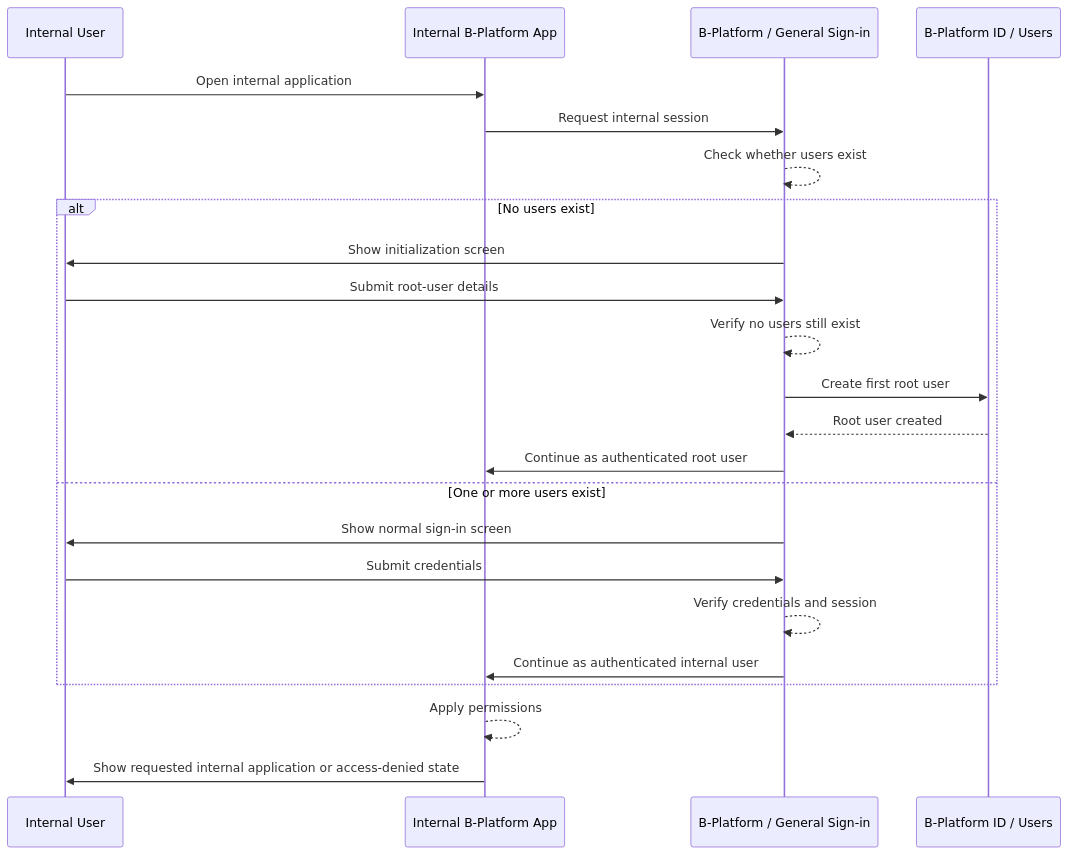
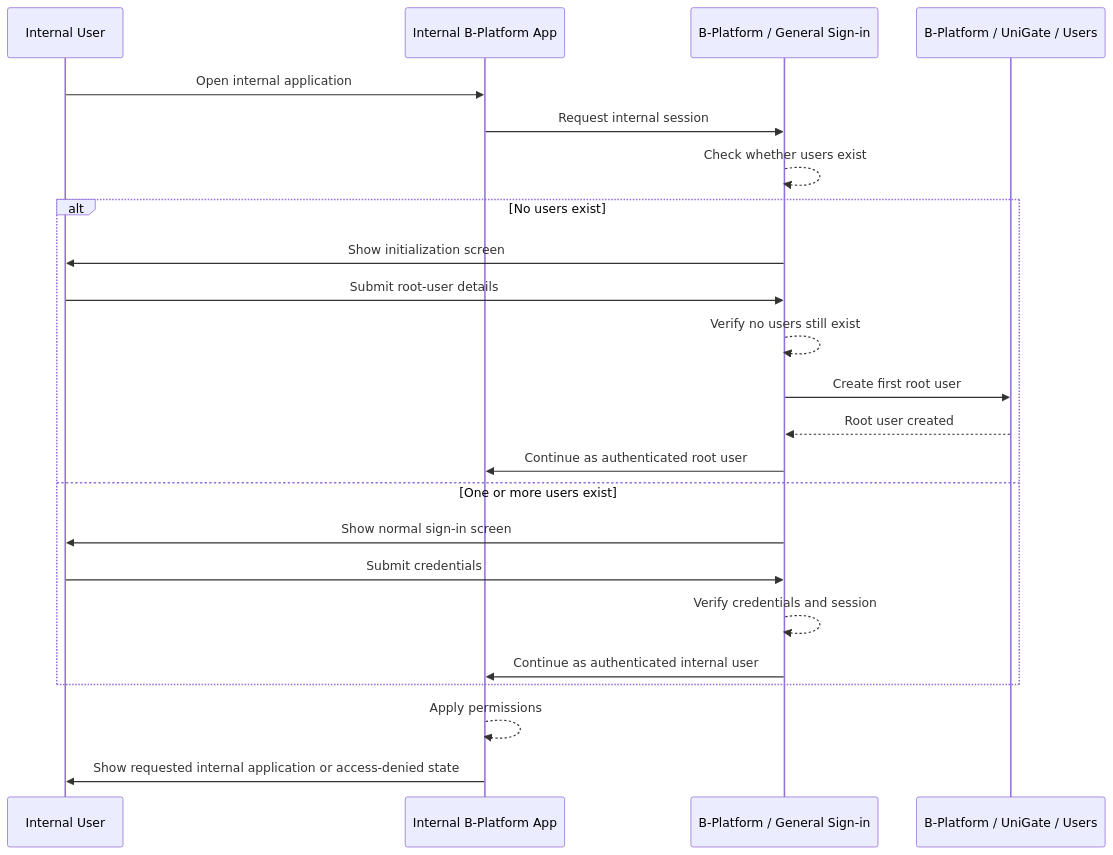
Before and after one commit to b-platform-vn/docs--business-requirements: the diagram in products/bplatform-general/features/sign-in.md, drawn with Mermaid. The commit also changed other lines of this file and 24 other files, not shown here.

Commit message:
Add UniGate identity platform and B-Platform Super App design system

````diff
--- a/products/bplatform-general/features/sign-in.md
+++ b/products/bplatform-general/features/sign-in.md
@@ -156,26 +156,26 @@
 ```mermaid
 sequenceDiagram
     participant User as Internal User
     participant App as Internal B-Platform App
     participant General as B-Platform / General Sign-in
-    participant ID as B-Platform ID / Users
+    participant UniGate as B-Platform / UniGate / Users
 
     User->>App: Open internal application
     App->>General: Request internal session
     General-->>General: Check whether users exist
     alt No users exist
         General->>User: Show initialization screen
         User->>General: Submit root-user details
         General-->>General: Verify no users still exist
-        General->>ID: Create first root user
-        ID-->>General: Root user created
+        General->>UniGate: Create first root user
+        UniGate-->>General: Root user created
         General->>App: Continue as authenticated root user
     else One or more users exist
         General->>User: Show normal sign-in screen
         User->>General: Submit credentials
         General-->>General: Verify credentials and session
         General->>App: Continue as authenticated internal user
     end
     App-->>App: Apply permissions
     App->>User: Show requested internal application or access-denied state
 ```
````
